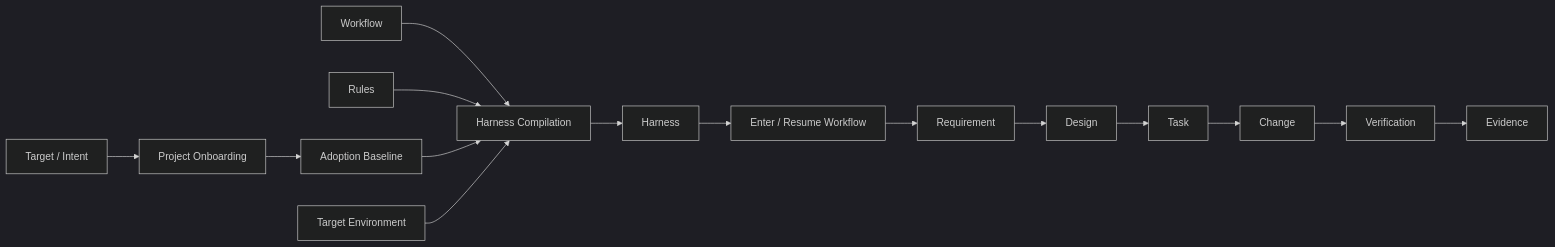
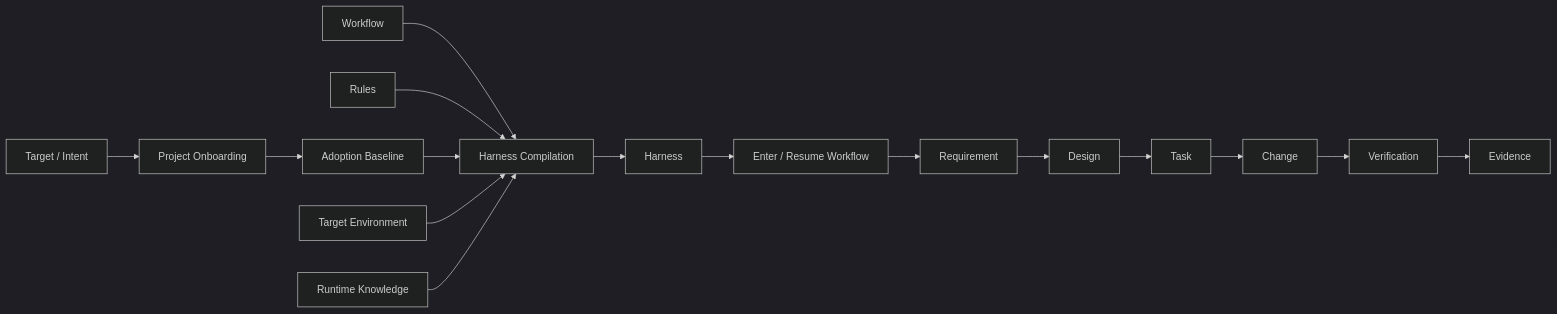
The diagram in README.md (JackSmith111977/Spec-Coding), drawn with Mermaid (dark theme) before and after one commit. The commit also changed other lines of this file, not shown here.

Commit message:
docs(readme): expose runtime-aware harness compilation

````diff
--- a/README.md
+++ b/README.md
@@ -43,19 +43,20 @@
 ```mermaid
 flowchart LR
     I[Target / Intent] --> O[Project Onboarding]
     O --> A[Adoption Baseline]
 
     W[Workflow] --> C[Harness Compilation]
     Q[Rules] --> C
     A --> C
     P[Target Environment] --> C
+    K[Runtime Knowledge] --> C
     C --> H[Harness]
     H --> R[Enter / Resume Workflow]
 
     R --> REQ[Requirement]
     REQ --> D[Design]
     D --> T[Task]
     T --> CH[Change]
     CH --> V[Verification]
     V --> E[Evidence]
 ```
````
